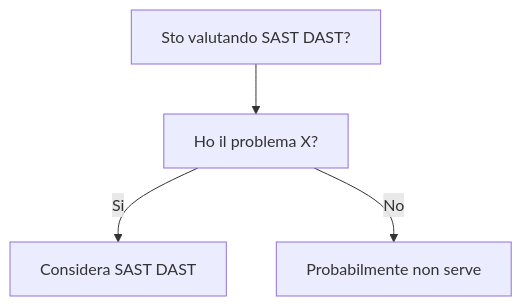
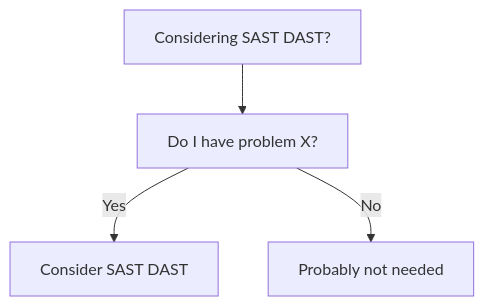
The diagram in dev-wiki/08_Security/SAST_DAST/When_To_Use.md (HxT9/Software-Dev-Wiki), drawn with Mermaid before and after one commit. The commit also changed other lines of this file and 3444 other files, not shown here.

````diff
--- a/dev-wiki/08_Security/SAST_DAST/When_To_Use.md
+++ b/dev-wiki/08_Security/SAST_DAST/When_To_Use.md
@@ -19,6 +19,6 @@
 ```mermaid
 flowchart TD
-  Q[Sto valutando SAST DAST?] --> Q1[Ho il problema X?]
-  Q1 -->|Si| OK[Considera SAST DAST]
-  Q1 -->|No| NO[Probabilmente non serve]
+  Q[Considering SAST DAST?] --> Q1[Do I have problem X?]
+  Q1 -->|Yes| OK[Consider SAST DAST]
+  Q1 -->|No| NO[Probably not needed]
 ```
````
